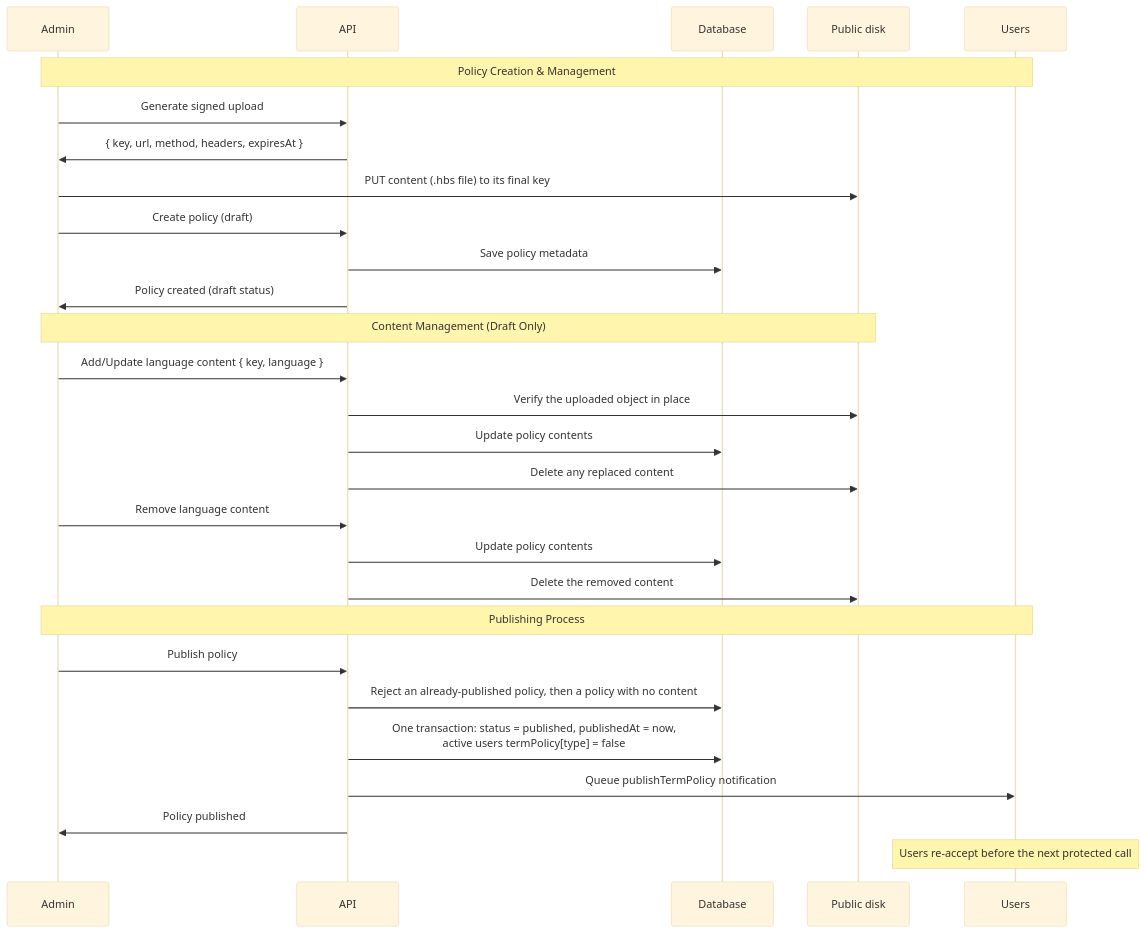
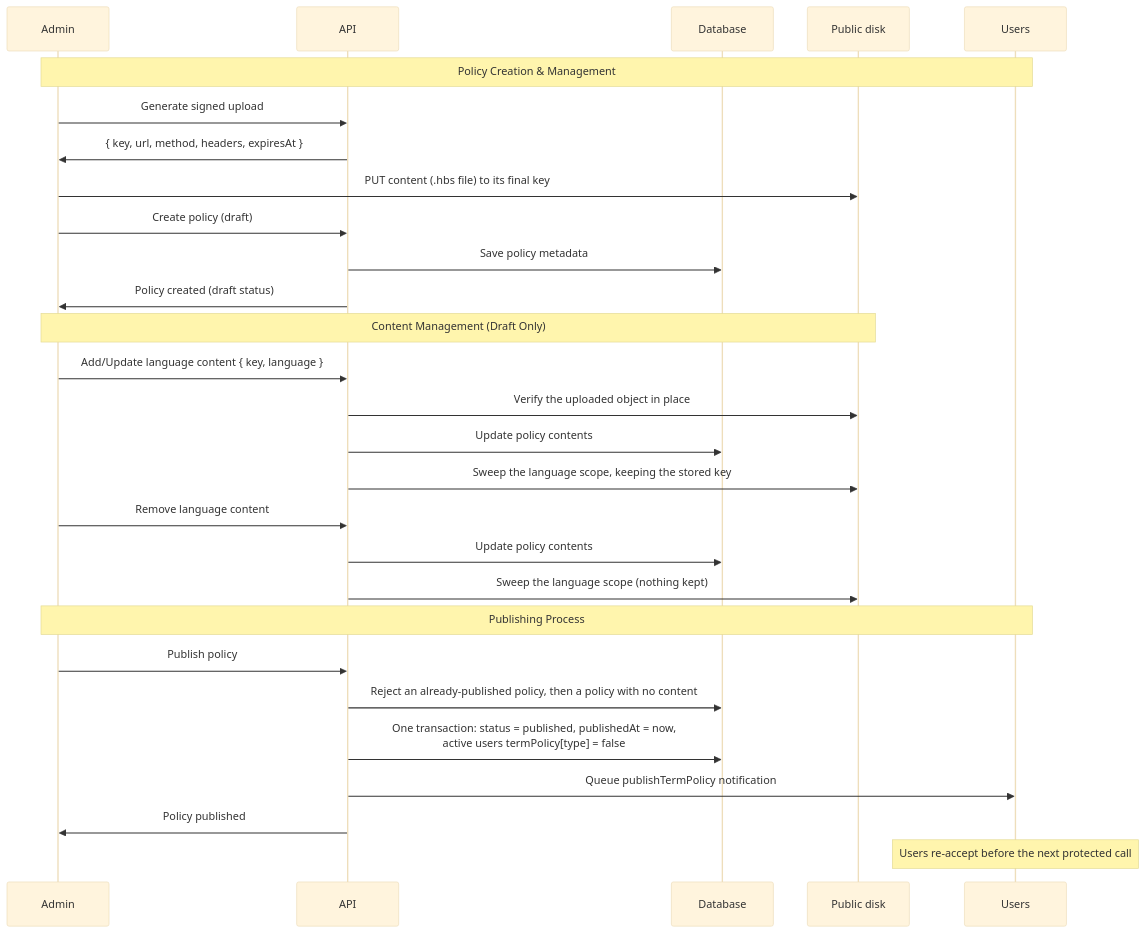
The first of 3 diagrams in docs/term-policy.md (Gzerox/ack-nestjs-boilerplate), drawn with Mermaid (base theme) before and after one commit. The commit also changed other lines of this file and 13 other files, not shown here.

Commit message:
refactor(storage): reclaim replaced uploads with a post-commit sweep

````diff
--- a/docs/term-policy.md
+++ b/docs/term-policy.md
@@ -89,38 +89,38 @@
 ```mermaid
 sequenceDiagram
     participant Admin
     participant API
     participant Database
     participant Public as Public disk
     participant Users
 
     Note over Admin,Users: Policy Creation & Management
     
     Admin->>API: Generate signed upload
     API->>Admin: { key, url, method, headers, expiresAt }
     Admin->>Public: PUT content (.hbs file) to its final key
     
     Admin->>API: Create policy (draft)
     API->>Database: Save policy metadata
     API->>Admin: Policy created (draft status)
     
     Note over Admin,Public: Content Management (Draft Only)
     
     Admin->>API: Add/Update language content { key, language }
     API->>Public: Verify the uploaded object in place
     API->>Database: Update policy contents
-    API->>Public: Delete any replaced content
+    API->>Public: Sweep the language scope, keeping the stored key
     Admin->>API: Remove language content
     API->>Database: Update policy contents
-    API->>Public: Delete the removed content
+    API->>Public: Sweep the language scope (nothing kept)
     
     Note over Admin,Users: Publishing Process
     
     Admin->>API: Publish policy
     API->>Database: Reject an already-published policy, then a policy with no content
     API->>Database: One transaction: status = published, publishedAt = now,<br/>active users termPolicy[type] = false
     API->>Users: Queue publishTermPolicy notification
     API->>Admin: Policy published
     
     Note over Users: Users re-accept before the next protected call
 ```
````
